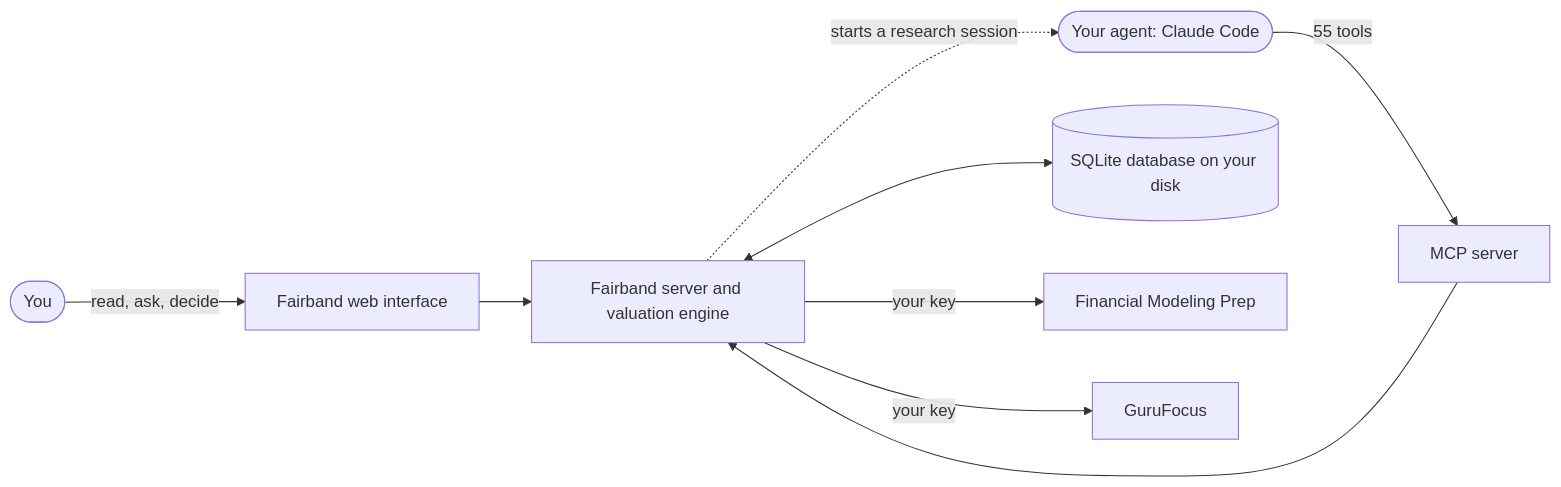
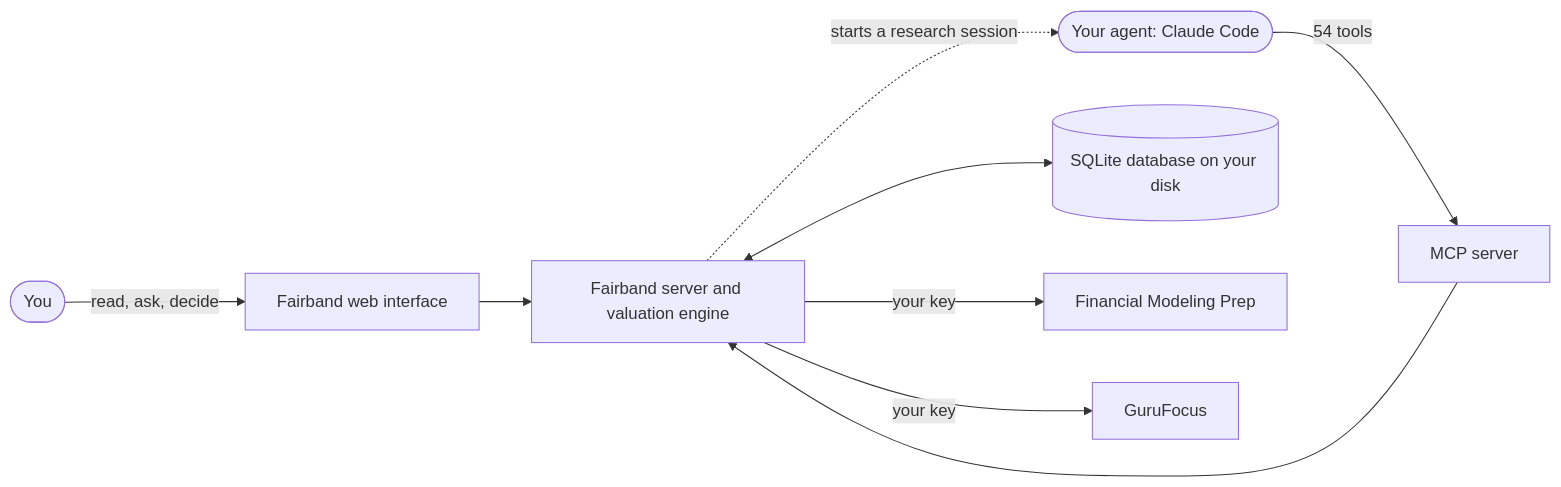
The diagram in README.md (kabanami/fairband), drawn with Mermaid before and after one commit. The commit also changed other lines of this file and 31 other files, not shown here.

````diff
--- a/README.md
+++ b/README.md
@@ -14,11 +14,11 @@
 ```mermaid
 flowchart LR
     you(["You"]) -- "read, ask, decide" --> pages["Fairband web interface"]
-    agent(["Your agent: Claude Code"]) -- "55 tools" --> mcp["MCP server"]
+    agent(["Your agent: Claude Code"]) -- "54 tools" --> mcp["MCP server"]
     pages --> server["Fairband server and valuation engine"]
     mcp --> server
     server -. "starts a research session" .-> agent
     server <--> db[("SQLite database on your disk")]
     server -- "your key" --> fmp["Financial Modeling Prep"]
     server -- "your key" --> gf["GuruFocus"]
 ```
````
